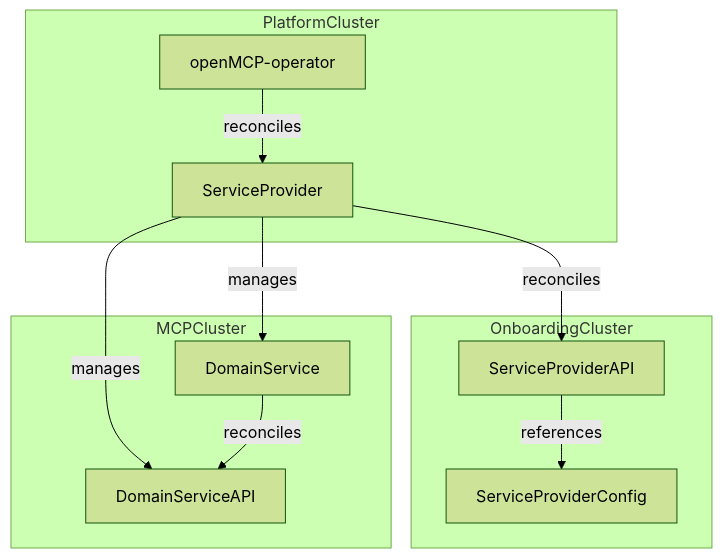
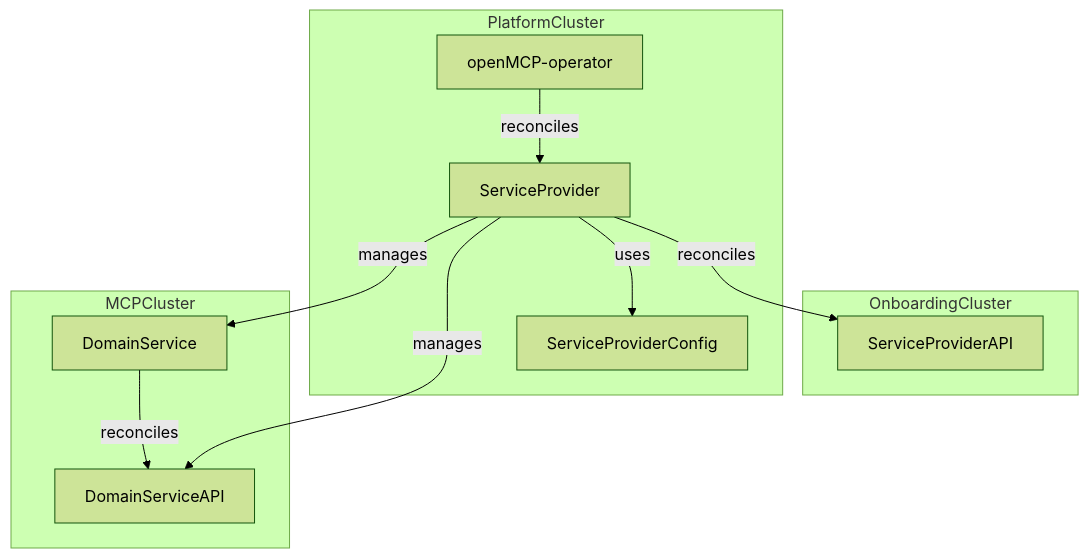
Before and after one commit to openmcp-project/docs: the fourth of 7 diagrams in docs/about/design/service-provider.md, drawn with Mermaid (forest theme). The commit also changed other lines of this file, not shown here.

````diff
--- a/docs/about/design/service-provider.md
+++ b/docs/about/design/service-provider.md
@@ -105,28 +105,28 @@
 ```mermaid
 graph TD
     %% Onboarding Cluster
     subgraph OnboardingCluster
         SPAPI[ServiceProviderAPI]
-        SPC[ServiceProviderConfig]
     end
 
     %% Platform Cluster
     subgraph PlatformCluster
         SPO[openMCP-operator]
         SP[ServiceProvider]
+        SPC[ServiceProviderConfig]
     end
 
     %% MCP Cluster
     subgraph MCPCluster
         DS[DomainService]
         DSAPI[DomainServiceAPI]
     end
 
     %% edges
     SP -->|reconciles|SPAPI
-    SPAPI -->|references|SPC
+    SP -->|uses|SPC
     SP -->|manages|DSAPI
     SP -->|manages|DS
     DS -->|reconciles|DSAPI
     SPO-->|reconciles|SP
 ```
````
